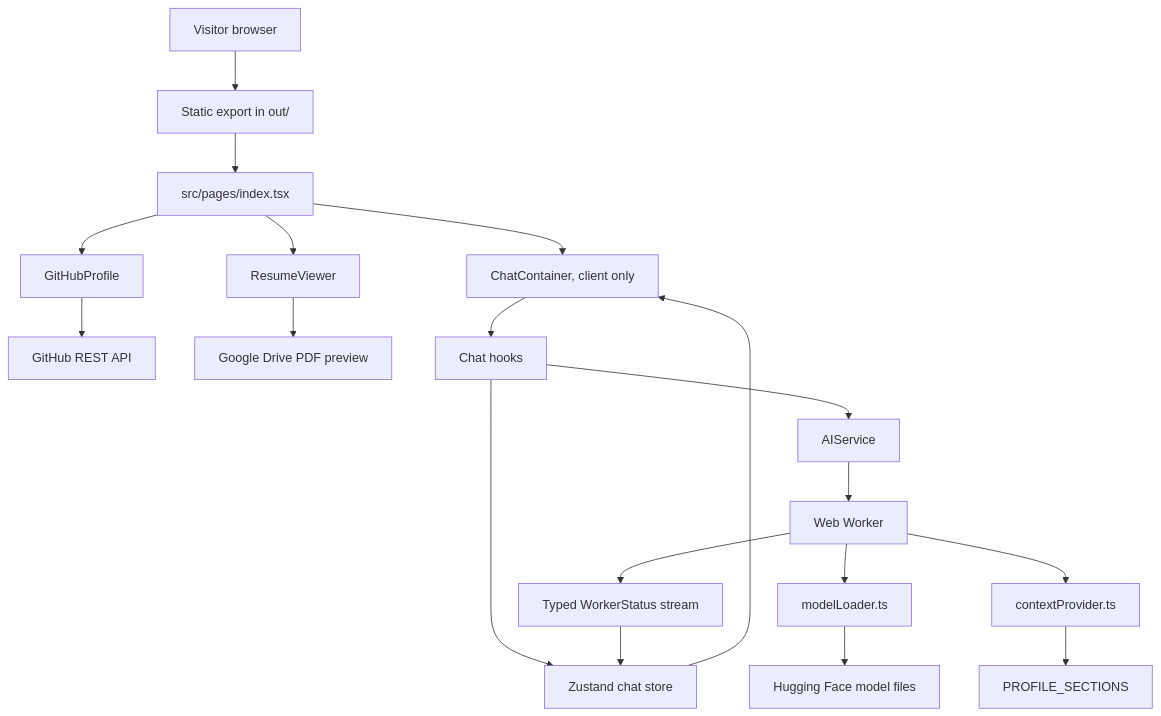
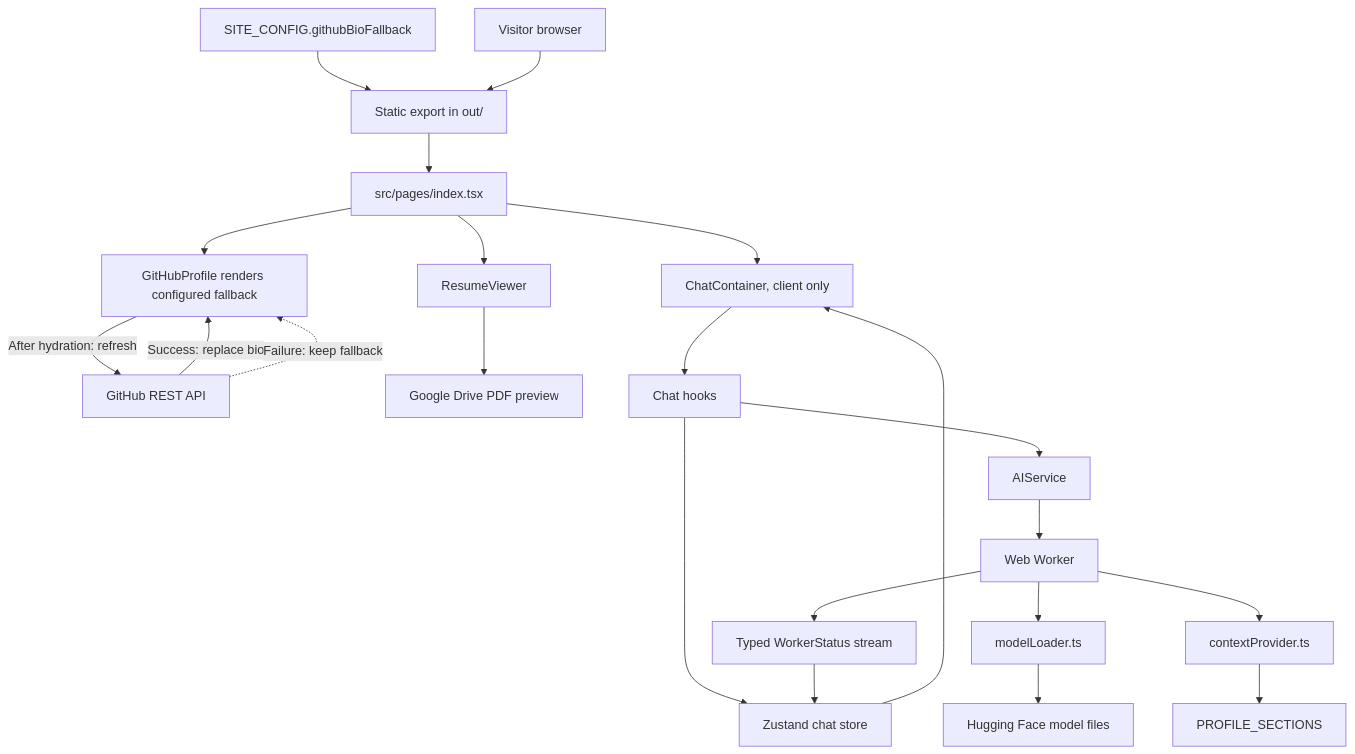
Before and after one commit to justinthelaw/justinthelaw: the first of 4 diagrams in docs/DIAGRAMS.md, drawn with Mermaid. The commit also changed 2 other files, not shown here.

Commit message:
fix: address profile SEO review feedback

````diff
--- a/docs/DIAGRAMS.md
+++ b/docs/DIAGRAMS.md
@@ -23,21 +23,24 @@
 ```mermaid
 flowchart TD
+  siteConfig["SITE_CONFIG.githubBioFallback"] --> staticSite
   visitor["Visitor browser"] --> staticSite["Static export in out/"]
   staticSite --> page["src/pages/index.tsx"]
-  page --> profile["GitHubProfile"]
-  profile --> github["GitHub REST API"]
+  page --> profile["GitHubProfile renders configured fallback"]
+  profile -->|"After hydration: refresh"| github["GitHub REST API"]
+  github -->|"Success: replace bio"| profile
+  github -.->|"Failure: keep fallback"| profile
   page --> resume["ResumeViewer"]
   resume --> drive["Google Drive PDF preview"]
   page --> chat["ChatContainer, client only"]
   chat --> chatHooks["Chat hooks"]
   chatHooks --> chatStore["Zustand chat store"]
   chatHooks --> aiService["AIService"]
   aiService --> worker["Web Worker"]
   worker --> loader["modelLoader.ts"]
   loader --> hf["Hugging Face model files"]
   worker --> context["contextProvider.ts"]
   context --> profileSections["PROFILE_SECTIONS"]
   worker --> stream["Typed WorkerStatus stream"]
   stream --> chatStore
   chatStore --> chat
 ```
````
